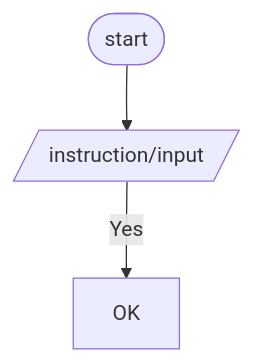
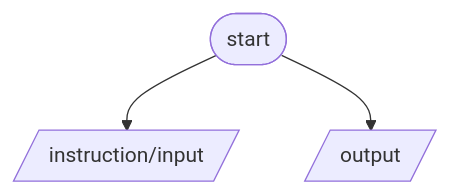
One commit to mHadi1091/my-notes-practice- changed the diagram in programming.md. Above: the diagram before and after it, drawn with Mermaid. The commit also changed other lines of this file, not shown here.

````diff
--- a/programming.md
+++ b/programming.md
@@ -101,6 +101,6 @@
 ```mermaid
 flowchart TD
 A([start]) --> B[/instruction/input/]
-B -->|Yes| C[OK]
+A--> C[/output/]
  
 ```
````
